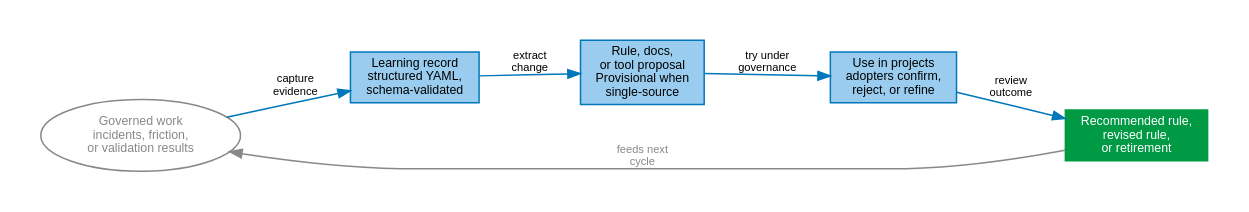
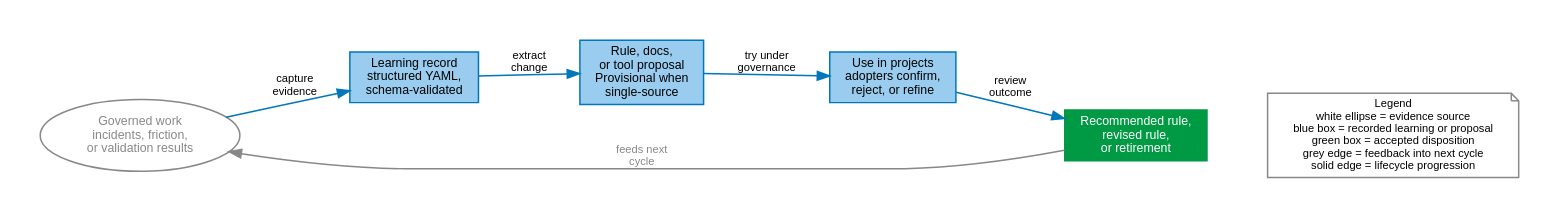
Before and after one commit to janipaijanen/agf-mirror: the diagram in agf/docs/figures/src/learning-loop.dot, drawn with Graphviz. The commit also changed 23 other files, not shown here.

```diff
--- a/agf/docs/figures/src/learning-loop.dot
+++ b/agf/docs/figures/src/learning-loop.dot
@@ -1,26 +1,30 @@
 // SPDX-License-Identifier: CC-BY-SA-4.0
 // agents-govern: evidence-driven learning loop
 // Generate: dot -Tsvg learning-loop.dot -o ../learning-loop.svg
 digraph learning_loop {
     graph [rankdir=LR, splines=spline, pad=0.35, nodesep=0.45, ranksep=0.65,
            fontname="Helvetica", fontsize=11]
     node  [fontname="Helvetica", fontsize=10, style=filled, shape=box,
            fillcolor="#99CCEE", color="#0077BB", penwidth=1.2]
     edge  [fontname="Helvetica", fontsize=9, color="#0077BB", penwidth=1.2]
 
     work [label="Governed work\nincidents, friction,\nor validation results",
           shape=ellipse, fillcolor=white, color="#888888",
           fontcolor="#888888"]
     record [label="Learning record\nstructured YAML,\nschema-validated"]
     proposal [label="Rule, docs,\nor tool proposal\nProvisional when\nsingle-source"]
     use [label="Use in projects\nadopters confirm,\nreject, or refine"]
     disposition [label="Recommended rule,\nrevised rule,\nor retirement",
                  fillcolor="#009944", fontcolor=white, color="#009944"]
 
     work -> record [label="capture\nevidence"]
     record -> proposal [label="extract\nchange"]
     proposal -> use [label="try under\ngovernance"]
     use -> disposition [label="review\noutcome"]
     disposition -> work [label="feeds next\ncycle", color="#888888",
                          fontcolor="#888888"]
+
+    legend [label="Legend\nwhite ellipse = evidence source\nblue box = recorded learning or proposal\ngreen box = accepted disposition\ngrey edge = feedback into next cycle\nsolid edge = lifecycle progression",
+            shape=note, fillcolor=white, color="#888888", fontsize=9]
+    disposition -> legend [style=invis]
 }
```
